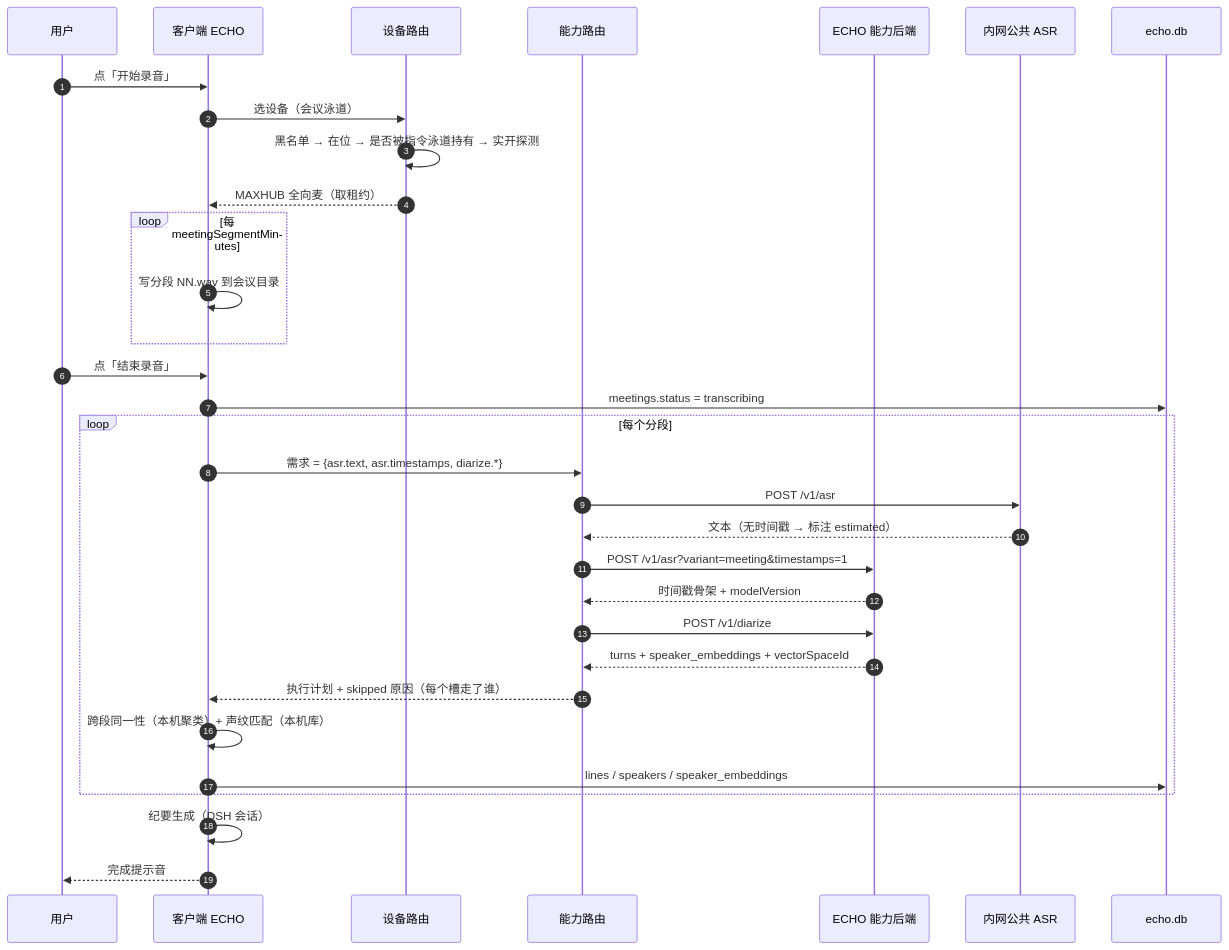
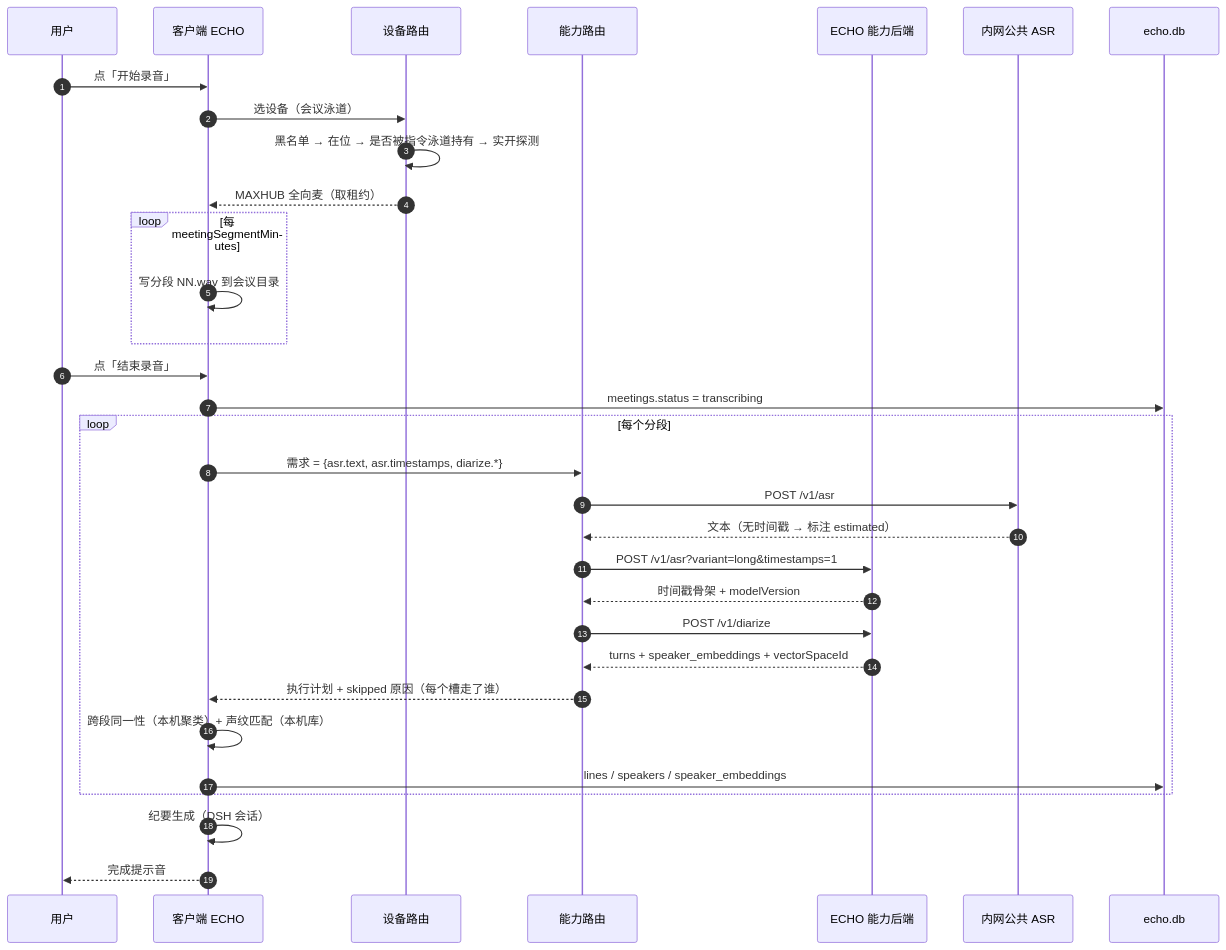
One commit to zhkq/echo-voice-assistant changed the third of 8 diagrams in docs/3.0-设计总览与组件关系.md. Above: the diagram before and after it, drawn with Mermaid. The commit also changed 8 other files, not shown here.

First line of the commit message:
文档对齐 v1 骨架：variant 改为 short|long + §12 护栏清单改成"断言→状态"

````diff
--- a/docs/3.0-设计总览与组件关系.md
+++ b/docs/3.0-设计总览与组件关系.md
@@ -377,35 +377,35 @@
 ```mermaid
 sequenceDiagram
     autonumber
     participant U as 用户
     participant C as 客户端 ECHO
     participant DR as 设备路由
     participant CA as 能力路由
     participant S as ECHO 能力后端
     participant I as 内网公共 ASR
     participant DB as echo.db
 
     U->>C: 点「开始录音」
     C->>DR: 选设备（会议泳道）
     DR->>DR: 黑名单 → 在位 → 是否被指令泳道持有 → 实开探测
     DR-->>C: MAXHUB 全向麦（取租约）
     loop 每 meetingSegmentMinutes
         C->>C: 写分段 NN.wav 到会议目录
     end
     U->>C: 点「结束录音」
     C->>DB: meetings.status = transcribing
     loop 每个分段
         C->>CA: 需求 = {asr.text, asr.timestamps, diarize.*}
         CA->>I: POST /v1/asr
         I-->>CA: 文本（无时间戳 → 标注 estimated）
-        CA->>S: POST /v1/asr?variant=meeting&timestamps=1
+        CA->>S: POST /v1/asr?variant=long&timestamps=1
         S-->>CA: 时间戳骨架 + modelVersion
         CA->>S: POST /v1/diarize
         S-->>CA: turns + speaker_embeddings + vectorSpaceId
         CA-->>C: 执行计划 + skipped 原因（每个槽走了谁）
         C->>C: 跨段同一性（本机聚类）+ 声纹匹配（本机库）
         C->>DB: lines / speakers / speaker_embeddings
     end
     C->>C: 纪要生成（DSH 会话）
     C-->>U: 完成提示音
 ```
````
